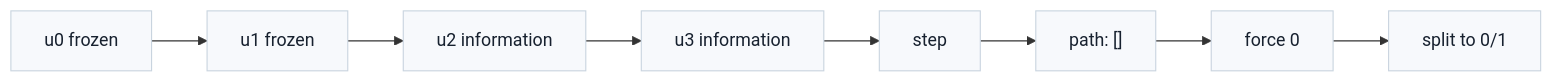
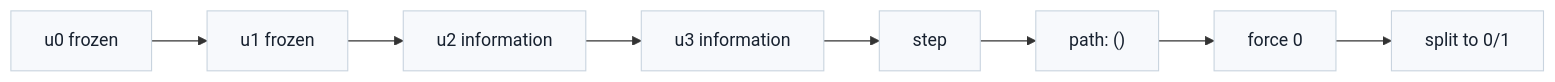
Before and after one commit to AuroraYaus/obsidian: the diagram in 3gpp/docs/L2_协议算法/T10.5_Polar_SCL_decoding.md, drawn with Mermaid. The commit also changed 40 other files, not shown here.

````diff
--- a/3gpp/docs/L2_协议算法/T10.5_Polar_SCL_decoding.md
+++ b/3gpp/docs/L2_协议算法/T10.5_Polar_SCL_decoding.md
@@ -300,19 +300,19 @@
 ```mermaid
 flowchart LR
 N0["u0 frozen"]
 N1["u1 frozen"]
 N2["u2 information"]
 N3["u3 information"]
 N4["step"]
-N5["path: []"]
+N5["path: ()"]
 N6["force 0"]
 N7["split to 0/1"]
 N0 --> N1
 N1 --> N2
 N2 --> N3
 N3 --> N4
 N4 --> N5
 N5 --> N6
 N6 --> N7
 classDef default fill:#F7F9FC,stroke:#C9D4DF,color:#17212F;
 ```
````
